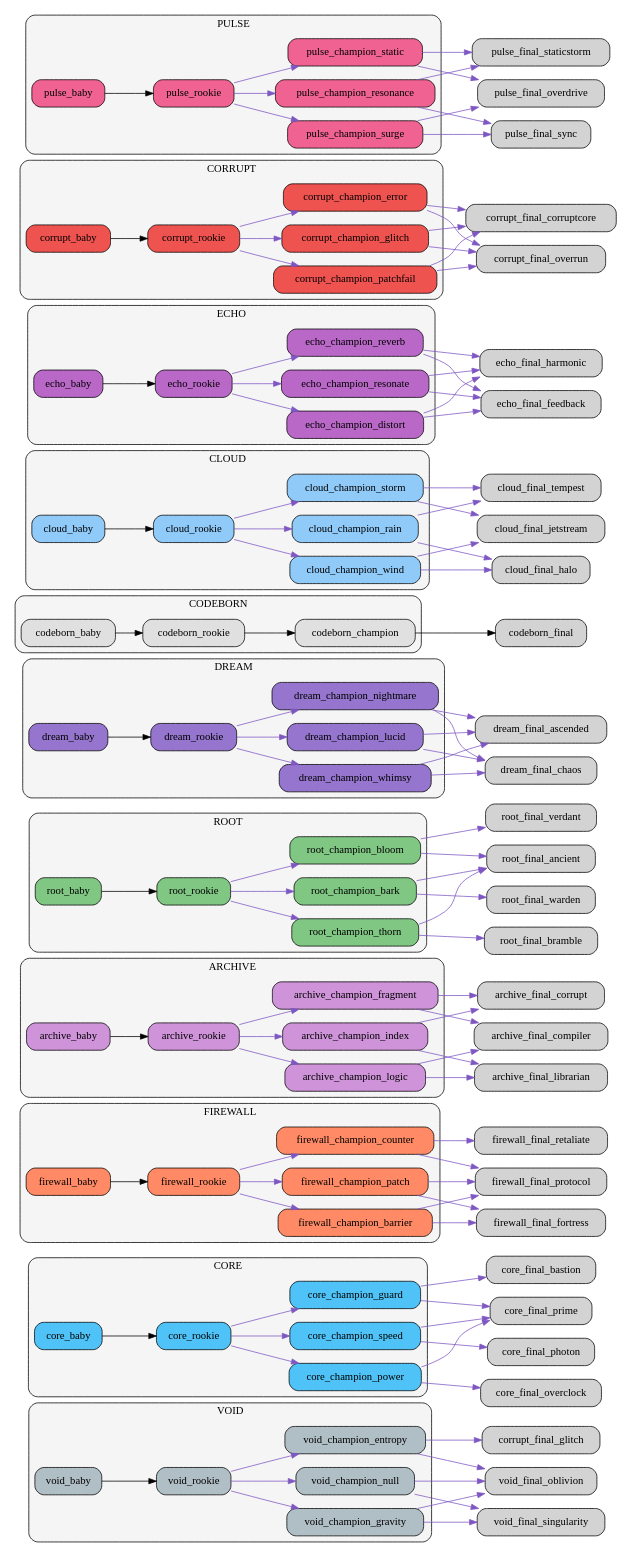
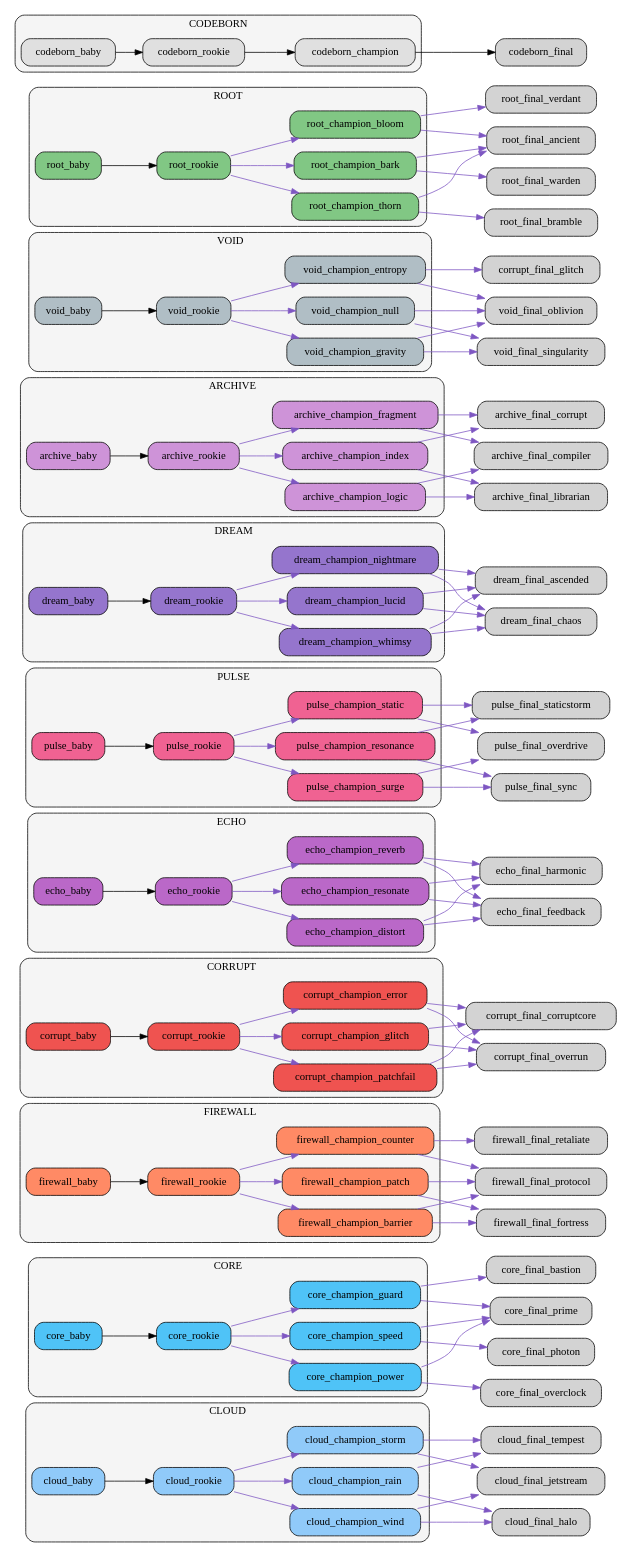
One commit to bwlight/NetGrid changed the diagram in src/netgrid/systems/evolution/graphs/clusters/evolution_clusters.dot. Above: the diagram before and after it, drawn with Graphviz. The commit also changed other lines of this file and 8 other files, not shown here.

Commit message:
Auto-update evolution graphs

```diff
--- a/src/netgrid/systems/evolution/graphs/clusters/evolution_clusters.dot
+++ b/src/netgrid/systems/evolution/graphs/clusters/evolution_clusters.dot
@@ -1,14 +1,14 @@
 digraph EvolutionTree {
   rankdir=LR;
   node [shape=box, style="rounded,filled"];
-  subgraph cluster_void {
-    label="VOID";
+  subgraph cluster_cloud {
+    label="CLOUD";
     style="rounded,filled"; fillcolor="#f5f5f5";
-    "void_baby" [fillcolor="#b0bec5"];
-    "void_rookie" [fillcolor="#b0bec5"];
-    "void_champion_entropy" [fillcolor="#b0bec5"];
-    "void_champion_gravity" [fillcolor="#b0bec5"];
-    "void_champion_null" [fillcolor="#b0bec5"];
+    "cloud_baby" [fillcolor="#90caf9"];
+    "cloud_rookie" [fillcolor="#90caf9"];
+    "cloud_champion_wind" [fillcolor="#90caf9"];
+    "cloud_champion_rain" [fillcolor="#90caf9"];
+    "cloud_champion_storm" [fillcolor="#90caf9"];
   }
   subgraph cluster_core {
     label="CORE";
@@ -28,6 +28,42 @@
     "firewall_champion_counter" [fillcolor="#ff8a65"];
     "firewall_champion_patch" [fillcolor="#ff8a65"];
   }
+  subgraph cluster_corrupt {
+    label="CORRUPT";
+    style="rounded,filled"; fillcolor="#f5f5f5";
+    "corrupt_baby" [fillcolor="#ef5350"];
+    "corrupt_rookie" [fillcolor="#ef5350"];
+    "corrupt_champion_glitch" [fillcolor="#ef5350"];
+    "corrupt_champion_error" [fillcolor="#ef5350"];
+    "corrupt_champion_patchfail" [fillcolor="#ef5350"];
+  }
+  subgraph cluster_echo {
+    label="ECHO";
+    style="rounded,filled"; fillcolor="#f5f5f5";
+    "echo_baby" [fillcolor="#ba68c8"];
+    "echo_rookie" [fillcolor="#ba68c8"];
+    "echo_champion_resonate" [fillcolor="#ba68c8"];
+    "echo_champion_reverb" [fillcolor="#ba68c8"];
+    "echo_champion_distort" [fillcolor="#ba68c8"];
+  }
+  subgraph cluster_pulse {
+    label="PULSE";
+    style="rounded,filled"; fillcolor="#f5f5f5";
+    "pulse_baby" [fillcolor="#f06292"];
+    "pulse_rookie" [fillcolor="#f06292"];
+    "pulse_champion_surge" [fillcolor="#f06292"];
+    "pulse_champion_resonance" [fillcolor="#f06292"];
+    "pulse_champion_static" [fillcolor="#f06292"];
+  }
+  subgraph cluster_dream {
+    label="DREAM";
+    style="rounded,filled"; fillcolor="#f5f5f5";
+    "dream_baby" [fillcolor="#9575cd"];
+    "dream_rookie" [fillcolor="#9575cd"];
+    "dream_champion_lucid" [fillcolor="#9575cd"];
+    "dream_champion_nightmare" [fillcolor="#9575cd"];
+    "dream_champion_whimsy" [fillcolor="#9575cd"];
+  }
   subgraph cluster_archive {
     label="ARCHIVE";
     style="rounded,filled"; fillcolor="#f5f5f5";
@@ -36,6 +72,15 @@
     "archive_champion_logic" [fillcolor="#ce93d8"];
     "archive_champion_index" [fillcolor="#ce93d8"];
     "archive_champion_fragment" [fillcolor="#ce93d8"];
+  }
+  subgraph cluster_void {
+    label="VOID";
+    style="rounded,filled"; fillcolor="#f5f5f5";
+    "void_baby" [fillcolor="#b0bec5"];
+    "void_rookie" [fillcolor="#b0bec5"];
+    "void_champion_entropy" [fillcolor="#b0bec5"];
+    "void_champion_gravity" [fillcolor="#b0bec5"];
+    "void_champion_null" [fillcolor="#b0bec5"];
   }
   subgraph cluster_root {
     label="ROOT";
@@ -46,15 +91,6 @@
     "root_champion_bloom" [fillcolor="#81c784"];
     "root_champion_bark" [fillcolor="#81c784"];
   }
-  subgraph cluster_dream {
-    label="DREAM";
-    style="rounded,filled"; fillcolor="#f5f5f5";
-    "dream_baby" [fillcolor="#9575cd"];
-    "dream_rookie" [fillcolor="#9575cd"];
-    "dream_champion_lucid" [fillcolor="#9575cd"];
-    "dream_champion_nightmare" [fillcolor="#9575cd"];
-    "dream_champion_whimsy" [fillcolor="#9575cd"];
-  }
   subgraph cluster_codeborn {
     label="CODEBORN";
     style="rounded,filled"; fillcolor="#f5f5f5";
@@ -62,52 +98,16 @@
     "codeborn_rookie" [fillcolor="#e0e0e0"];
     "codeborn_champion" [fillcolor="#e0e0e0"];
   }
-  subgraph cluster_cloud {
-    label="CLOUD";
-    style="rounded,filled"; fillcolor="#f5f5f5";
-    "cloud_baby" [fillcolor="#90caf9"];
-    "cloud_rookie" [fillcolor="#90caf9"];
-    "cloud_champion_wind" [fillcolor="#90caf9"];
-    "cloud_champion_rain" [fillcolor="#90caf9"];
-    "cloud_champion_storm" [fillcolor="#90caf9"];
-  }
-  subgraph cluster_echo {
-    label="ECHO";
-    style="rounded,filled"; fillcolor="#f5f5f5";
-    "echo_baby" [fillcolor="#ba68c8"];
-    "echo_rookie" [fillcolor="#ba68c8"];
-    "echo_champion_resonate" [fillcolor="#ba68c8"];
-    "echo_champion_reverb" [fillcolor="#ba68c8"];
-    "echo_champion_distort" [fillcolor="#ba68c8"];
-  }
-  subgraph cluster_corrupt {
-    label="CORRUPT";
-    style="rounded,filled"; fillcolor="#f5f5f5";
-    "corrupt_baby" [fillcolor="#ef5350"];
-    "corrupt_rookie" [fillcolor="#ef5350"];
-    "corrupt_champion_glitch" [fillcolor="#ef5350"];
-    "corrupt_champion_error" [fillcolor="#ef5350"];
-    "corrupt_champion_patchfail" [fillcolor="#ef5350"];
-  }
-  subgraph cluster_pulse {
-    label="PULSE";
-    style="rounded,filled"; fillcolor="#f5f5f5";
-    "pulse_baby" [fillcolor="#f06292"];
-    "pulse_rookie" [fillcolor="#f06292"];
-    "pulse_champion_surge" [fillcolor="#f06292"];
-    "pulse_champion_resonance" [fillcolor="#f06292"];
-    "pulse_champion_static" [fillcolor="#f06292"];
-  }
-  "void_baby" -> "void_rookie";
-  "void_rookie" -> "void_champion_entropy" [color="#7e57c2"];
-  "void_rookie" -> "void_champion_gravity" [color="#7e57c2"];
-  "void_rookie" -> "void_champion_null" [color="#7e57c2"];
-  "void_champion_entropy" -> "corrupt_final_glitch" [color="#7e57c2"];
-  "void_champion_entropy" -> "void_final_oblivion" [color="#7e57c2"];
-  "void_champion_gravity" -> "void_final_singularity" [color="#7e57c2"];
-  "void_champion_gravity" -> "void_final_oblivion" [color="#7e57c2"];
-  "void_champion_null" -> "void_final_oblivion" [color="#7e57c2"];
-  "void_champion_null" -> "void_final_singularity" [color="#7e57c2"];
+  "cloud_baby" -> "cloud_rookie";
+  "cloud_rookie" -> "cloud_champion_wind" [color="#7e57c2"];
+  "cloud_rookie" -> "cloud_champion_rain" [color="#7e57c2"];
+  "cloud_rookie" -> "cloud_champion_storm" [color="#7e57c2"];
+  "cloud_champion_wind" -> "cloud_final_jetstream" [color="#7e57c2"];
+  "cloud_champion_wind" -> "cloud_final_halo" [color="#7e57c2"];
+  "cloud_champion_rain" -> "cloud_final_halo" [color="#7e57c2"];
+  "cloud_champion_rain" -> "cloud_final_tempest" [color="#7e57c2"];
+  "cloud_champion_storm" -> "cloud_final_tempest" [color="#7e57c2"];
+  "cloud_champion_storm" -> "cloud_final_jetstream" [color="#7e57c2"];
   "core_baby" -> "core_rookie";
   "core_rookie" -> "core_champion_power" [color="#7e57c2"];
   "core_rookie" -> "core_champion_guard" [color="#7e57c2"];
@@ -128,6 +128,46 @@
   "firewall_champion_counter" -> "firewall_final_protocol" [color="#7e57c2"];
   "firewall_champion_patch" -> "firewall_final_protocol" [color="#7e57c2"];
   "firewall_champion_patch" -> "firewall_final_fortress" [color="#7e57c2"];
+  "corrupt_baby" -> "corrupt_rookie";
+  "corrupt_rookie" -> "corrupt_champion_glitch" [color="#7e57c2"];
+  "corrupt_rookie" -> "corrupt_champion_error" [color="#7e57c2"];
+  "corrupt_rookie" -> "corrupt_champion_patchfail" [color="#7e57c2"];
+  "corrupt_champion_glitch" -> "corrupt_final_corruptcore" [color="#7e57c2"];
+  "corrupt_champion_glitch" -> "corrupt_final_overrun" [color="#7e57c2"];
+  "corrupt_champion_error" -> "corrupt_final_overrun" [color="#7e57c2"];
+  "corrupt_champion_error" -> "corrupt_final_corruptcore" [color="#7e57c2"];
+  "corrupt_champion_patchfail" -> "corrupt_final_corruptcore" [color="#7e57c2"];
+  "corrupt_champion_patchfail" -> "corrupt_final_overrun" [color="#7e57c2"];
+  "echo_baby" -> "echo_rookie";
+  "echo_rookie" -> "echo_champion_resonate" [color="#7e57c2"];
+  "echo_rookie" -> "echo_champion_reverb" [color="#7e57c2"];
+  "echo_rookie" -> "echo_champion_distort" [color="#7e57c2"];
+  "echo_champion_resonate" -> "echo_final_harmonic" [color="#7e57c2"];
+  "echo_champion_resonate" -> "echo_final_feedback" [color="#7e57c2"];
+  "echo_champion_reverb" -> "echo_final_feedback" [color="#7e57c2"];
+  "echo_champion_reverb" -> "echo_final_harmonic" [color="#7e57c2"];
+  "echo_champion_distort" -> "echo_final_feedback" [color="#7e57c2"];
+  "echo_champion_distort" -> "echo_final_harmonic" [color="#7e57c2"];
+  "pulse_baby" -> "pulse_rookie";
+  "pulse_rookie" -> "pulse_champion_surge" [color="#7e57c2"];
+  "pulse_rookie" -> "pulse_champion_resonance" [color="#7e57c2"];
+  "pulse_rookie" -> "pulse_champion_static" [color="#7e57c2"];
+  "pulse_champion_surge" -> "pulse_final_overdrive" [color="#7e57c2"];
+  "pulse_champion_surge" -> "pulse_final_sync" [color="#7e57c2"];
+  "pulse_champion_resonance" -> "pulse_final_sync" [color="#7e57c2"];
+  "pulse_champion_resonance" -> "pulse_final_staticstorm" [color="#7e57c2"];
+  "pulse_champion_static" -> "pulse_final_staticstorm" [color="#7e57c2"];
+  "pulse_champion_static" -> "pulse_final_overdrive" [color="#7e57c2"];
+  "dream_baby" -> "dream_rookie";
+  "dream_rookie" -> "dream_champion_lucid" [color="#7e57c2"];
+  "dream_rookie" -> "dream_champion_nightmare" [color="#7e57c2"];
+  "dream_rookie" -> "dream_champion_whimsy" [color="#7e57c2"];
+  "dream_champion_lucid" -> "dream_final_ascended" [color="#7e57c2"];
+  "dream_champion_lucid" -> "dream_final_chaos" [color="#7e57c2"];
+  "dream_champion_nightmare" -> "dream_final_chaos" [color="#7e57c2"];
+  "dream_champion_nightmare" -> "dream_final_ascended" [color="#7e57c2"];
+  "dream_champion_whimsy" -> "dream_final_ascended" [color="#7e57c2"];
+  "dream_champion_whimsy" -> "dream_final_chaos" [color="#7e57c2"];
   "archive_baby" -> "archive_rookie";
   "archive_rookie" -> "archive_champion_logic" [color="#7e57c2"];
   "archive_rookie" -> "archive_champion_index" [color="#7e57c2"];
@@ -138,6 +178,16 @@
   "archive_champion_index" -> "archive_final_corrupt" [color="#7e57c2"];
   "archive_champion_fragment" -> "archive_final_corrupt" [color="#7e57c2"];
   "archive_champion_fragment" -> "archive_final_compiler" [color="#7e57c2"];
+  "void_baby" -> "void_rookie";
+  "void_rookie" -> "void_champion_entropy" [color="#7e57c2"];
+  "void_rookie" -> "void_champion_gravity" [color="#7e57c2"];
+  "void_rookie" -> "void_champion_null" [color="#7e57c2"];
+  "void_champion_entropy" -> "corrupt_final_glitch" [color="#7e57c2"];
+  "void_champion_entropy" -> "void_final_oblivion" [color="#7e57c2"];
+  "void_champion_gravity" -> "void_final_singularity" [color="#7e57c2"];
+  "void_champion_gravity" -> "void_final_oblivion" [color="#7e57c2"];
+  "void_champion_null" -> "void_final_oblivion" [color="#7e57c2"];
+  "void_champion_null" -> "void_final_singularity" [color="#7e57c2"];
   "root_baby" -> "root_rookie";
   "root_rookie" -> "root_champion_thorn" [color="#7e57c2"];
   "root_rookie" -> "root_champion_bloom" [color="#7e57c2"];
@@ -148,57 +198,7 @@
   "root_champion_bloom" -> "root_final_verdant" [color="#7e57c2"];
   "root_champion_bark" -> "root_final_warden" [color="#7e57c2"];
   "root_champion_bark" -> "root_final_ancient" [color="#7e57c2"];
-  "dream_baby" -> "dream_rookie";
-  "dream_rookie" -> "dream_champion_lucid" [color="#7e57c2"];
-  "dream_rookie" -> "dream_champion_nightmare" [color="#7e57c2"];
-  "dream_rookie" -> "dream_champion_whimsy" [color="#7e57c2"];
-  "dream_champion_lucid" -> "dream_final_ascended" [color="#7e57c2"];
-  "dream_champion_lucid" -> "dream_final_chaos" [color="#7e57c2"];
-  "dream_champion_nightmare" -> "dream_final_chaos" [color="#7e57c2"];
-  "dream_champion_nightmare" -> "dream_final_ascended" [color="#7e57c2"];
-  "dream_champion_whimsy" -> "dream_final_ascended" [color="#7e57c2"];
-  "dream_champion_whimsy" -> "dream_final_chaos" [color="#7e57c2"];
   "codeborn_baby" -> "codeborn_rookie";
   "codeborn_rookie" -> "codeborn_champion";
   "codeborn_champion" -> "codeborn_final";
-  "cloud_baby" -> "cloud_rookie";
-  "cloud_rookie" -> "cloud_champion_wind" [color="#7e57c2"];
-  "cloud_rookie" -> "cloud_champion_rain" [color="#7e57c2"];
-  "cloud_rookie" -> "cloud_champion_storm" [color="#7e57c2"];
-  "cloud_champion_wind" -> "cloud_final_jetstream" [color="#7e57c2"];
-  "cloud_champion_wind" -> "cloud_final_halo" [color="#7e57c2"];
-  "cloud_champion_rain" -> "cloud_final_halo" [color="#7e57c2"];
-  "cloud_champion_rain" -> "cloud_final_tempest" [color="#7e57c2"];
-  "cloud_champion_storm" -> "cloud_final_tempest" [color="#7e57c2"];
-  "cloud_champion_storm" -> "cloud_final_jetstream" [color="#7e57c2"];
-  "echo_baby" -> "echo_rookie";
-  "echo_rookie" -> "echo_champion_resonate" [color="#7e57c2"];
-  "echo_rookie" -> "echo_champion_reverb" [color="#7e57c2"];
-  "echo_rookie" -> "echo_champion_distort" [color="#7e57c2"];
-  "echo_champion_resonate" -> "echo_final_harmonic" [color="#7e57c2"];
-  "echo_champion_resonate" -> "echo_final_feedback" [color="#7e57c2"];
-  "echo_champion_reverb" -> "echo_final_feedback" [color="#7e57c2"];
-  "echo_champion_reverb" -> "echo_final_harmonic" [color="#7e57c2"];
-  "echo_champion_distort" -> "echo_final_feedback" [color="#7e57c2"];
-  "echo_champion_distort" -> "echo_final_harmonic" [color="#7e57c2"];
-  "corrupt_baby" -> "corrupt_rookie";
-  "corrupt_rookie" -> "corrupt_champion_glitch" [color="#7e57c2"];
-  "corrupt_rookie" -> "corrupt_champion_error" [color="#7e57c2"];
-  "corrupt_rookie" -> "corrupt_champion_patchfail" [color="#7e57c2"];
-  "corrupt_champion_glitch" -> "corrupt_final_corruptcore" [color="#7e57c2"];
-  "corrupt_champion_glitch" -> "corrupt_final_overrun" [color="#7e57c2"];
-  "corrupt_champion_error" -> "corrupt_final_overrun" [color="#7e57c2"];
-  "corrupt_champion_error" -> "corrupt_final_corruptcore" [color="#7e57c2"];
-  "corrupt_champion_patchfail" -> "corrupt_final_corruptcore" [color="#7e57c2"];
-  "corrupt_champion_patchfail" -> "corrupt_final_overrun" [color="#7e57c2"];
-  "pulse_baby" -> "pulse_rookie";
-  "pulse_rookie" -> "pulse_champion_surge" [color="#7e57c2"];
-  "pulse_rookie" -> "pulse_champion_resonance" [color="#7e57c2"];
-  "pulse_rookie" -> "pulse_champion_static" [color="#7e57c2"];
-  "pulse_champion_surge" -> "pulse_final_overdrive" [color="#7e57c2"];
-  "pulse_champion_surge" -> "pulse_final_sync" [color="#7e57c2"];
-  "pulse_champion_resonance" -> "pulse_final_sync" [color="#7e57c2"];
-  "pulse_champion_resonance" -> "pulse_final_staticstorm" [color="#7e57c2"];
-  "pulse_champion_static" -> "pulse_final_staticstorm" [color="#7e57c2"];
-  "pulse_champion_static" -> "pulse_final_overdrive" [color="#7e57c2"];
 }
```
